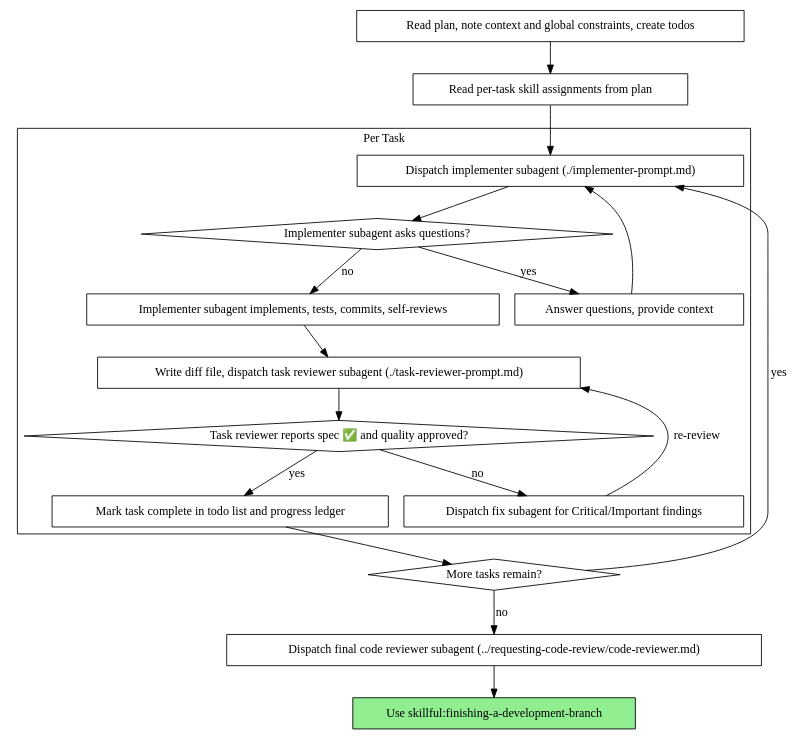
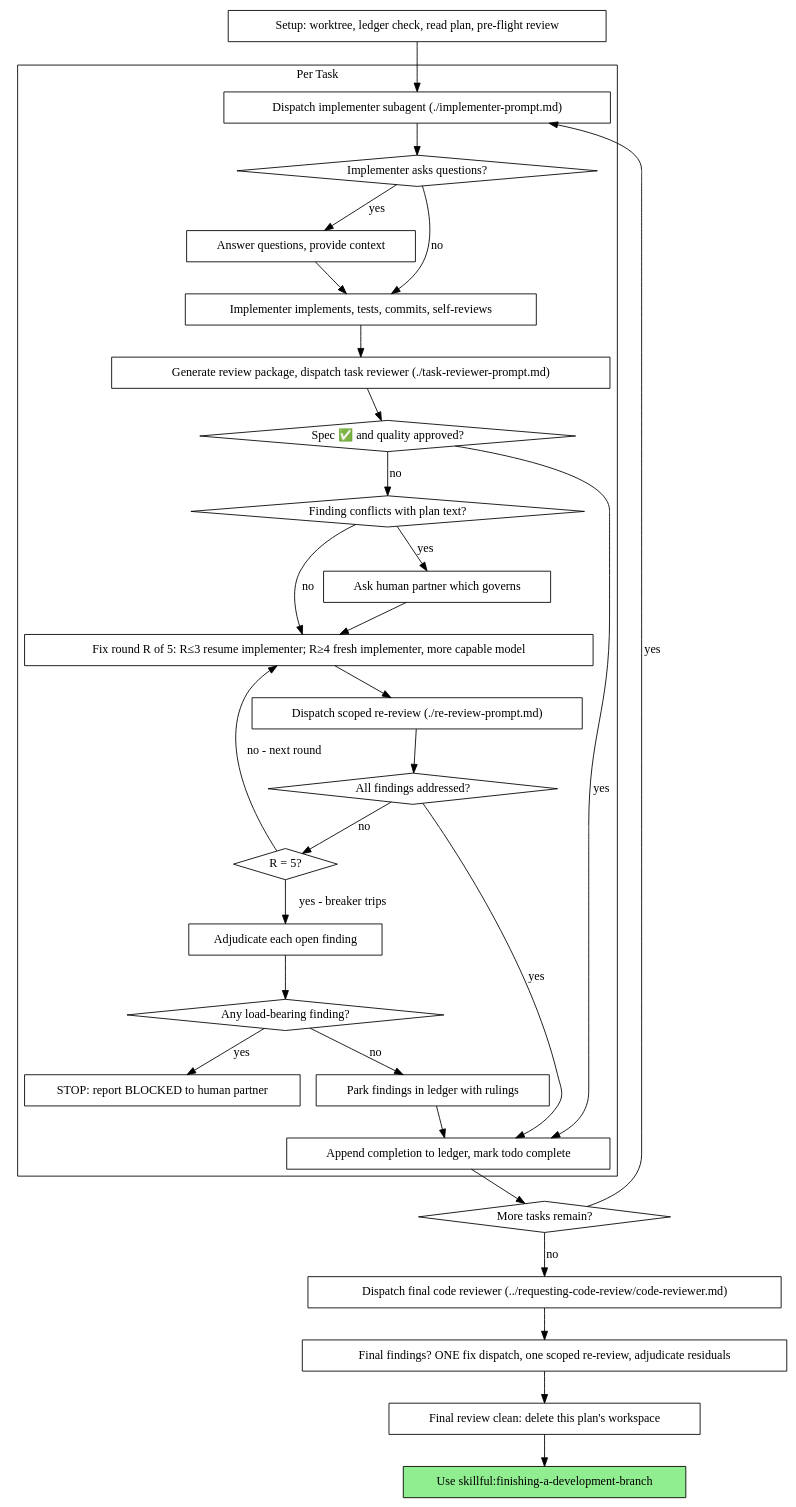
The second of 2 diagrams in skills/subagent-driven-development/SKILL.md (AquaticAzelf/skillful), drawn with Graphviz before and after one commit. The commit also changed other lines of this file and 12 other files, not shown here.

````diff
--- a/skills/subagent-driven-development/SKILL.md
+++ b/skills/subagent-driven-development/SKILL.md
@@ -37,39 +46,62 @@
 ```dot
 digraph process {
     rankdir=TB;
 
     subgraph cluster_per_task {
         label="Per Task";
         "Dispatch implementer subagent (./implementer-prompt.md)" [shape=box];
-        "Implementer subagent asks questions?" [shape=diamond];
+        "Implementer asks questions?" [shape=diamond];
         "Answer questions, provide context" [shape=box];
-        "Implementer subagent implements, tests, commits, self-reviews" [shape=box];
-        "Write diff file, dispatch task reviewer subagent (./task-reviewer-prompt.md)" [shape=box];
-        "Task reviewer reports spec ✅ and quality approved?" [shape=diamond];
-        "Dispatch fix subagent for Critical/Important findings" [shape=box];
-        "Mark task complete in todo list and progress ledger" [shape=box];
+        "Implementer implements, tests, commits, self-reviews" [shape=box];
+        "Generate review package, dispatch task reviewer (./task-reviewer-prompt.md)" [shape=box];
+        "Spec ✅ and quality approved?" [shape=diamond];
+        "Finding conflicts with plan text?" [shape=diamond];
+        "Ask human partner which governs" [shape=box];
+        "Fix round R of 5: R≤3 resume implementer; R≥4 fresh implementer, more capable model" [shape=box];
+        "Dispatch scoped re-review (./re-review-prompt.md)" [shape=box];
+        "All findings addressed?" [shape=diamond];
+        "R = 5?" [shape=diamond];
+        "Adjudicate each open finding" [shape=box];
+        "Any load-bearing finding?" [shape=diamond];
+        "STOP: report BLOCKED to human partner" [shape=box];
+        "Park findings in ledger with rulings" [shape=box];
+        "Append completion to ledger, mark todo complete" [shape=box];
     }
 
-    "Read plan, note context and global constraints, create todos" [shape=box];
-    "Read per-task skill assignments from plan" [shape=box];
+    "Setup: worktree, ledger check, read plan, pre-flight review" [shape=box];
     "More tasks remain?" [shape=diamond];
-    "Dispatch final code reviewer subagent (../requesting-code-review/code-reviewer.md)" [shape=box];
+    "Dispatch final code reviewer (../requesting-code-review/code-reviewer.md)" [shape=box];
+    "Final findings? ONE fix dispatch, one scoped re-review, adjudicate residuals" [shape=box];
+    "Final review clean: delete this plan's workspace" [shape=box];
     "Use skillful:finishing-a-development-branch" [shape=box style=filled fillcolor=lightgreen];
 
-    "Read plan, note context and global constraints, create todos" -> "Read per-task skill assignments from plan";
-    "Read per-task skill assignments from plan" -> "Dispatch implementer subagent (./implementer-prompt.md)";
-    "Dispatch implementer subagent (./implementer-prompt.md)" -> "Implementer subagent asks questions?";
-    "Implementer subagent asks questions?" -> "Answer questions, provide context" [label="yes"];
-    "Answer questions, provide context" -> "Dispatch implementer subagent (./implementer-prompt.md)";
-    "Implementer subagent asks questions?" -> "Implementer subagent implements, tests, commits, self-reviews" [label="no"];
-    "Implementer subagent implements, tests, commits, self-reviews" -> "Write diff file, dispatch task reviewer subagent (./task-reviewer-prompt.md)";
-    "Write diff file, dispatch task reviewer subagent (./task-reviewer-prompt.md)" -> "Task reviewer reports spec ✅ and quality approved?";
-    "Task reviewer reports spec ✅ and quality approved?" -> "Dispatch fix subagent for Critical/Important findings" [label="no"];
-    "Dispatch fix subagent for Critical/Important findings" -> "Write diff file, dispatch task reviewer subagent (./task-reviewer-prompt.md)" [label="re-review"];
-    "Task reviewer reports spec ✅ and quality approved?" -> "Mark task complete in todo list and progress ledger" [label="yes"];
-    "Mark task complete in todo list and progress ledger" -> "More tasks remain?";
+    "Setup: worktree, ledger check, read plan, pre-flight review" -> "Dispatch implementer subagent (./implementer-prompt.md)";
+    "Dispatch implementer subagent (./implementer-prompt.md)" -> "Implementer asks questions?";
+    "Implementer asks questions?" -> "Answer questions, provide context" [label="yes"];
+    "Answer questions, provide context" -> "Implementer implements, tests, commits, self-reviews";
+    "Implementer asks questions?" -> "Implementer implements, tests, commits, self-reviews" [label="no"];
+    "Implementer implements, tests, commits, self-reviews" -> "Generate review package, dispatch task reviewer (./task-reviewer-prompt.md)";
+    "Generate review package, dispatch task reviewer (./task-reviewer-prompt.md)" -> "Spec ✅ and quality approved?";
+    "Spec ✅ and quality approved?" -> "Append completion to ledger, mark todo complete" [label="yes"];
+    "Spec ✅ and quality approved?" -> "Finding conflicts with plan text?" [label="no"];
+    "Finding conflicts with plan text?" -> "Ask human partner which governs" [label="yes"];
+    "Ask human partner which governs" -> "Fix round R of 5: R≤3 resume implementer; R≥4 fresh implementer, more capable model";
+    "Finding conflicts with plan text?" -> "Fix round R of 5: R≤3 resume implementer; R≥4 fresh implementer, more capable model" [label="no"];
+    "Fix round R of 5: R≤3 resume implementer; R≥4 fresh implementer, more capable model" -> "Dispatch scoped re-review (./re-review-prompt.md)";
+    "Dispatch scoped re-review (./re-review-prompt.md)" -> "All findings addressed?";
+    "All findings addressed?" -> "Append completion to ledger, mark todo complete" [label="yes"];
+    "All findings addressed?" -> "R = 5?" [label="no"];
+    "R = 5?" -> "Fix round R of 5: R≤3 resume implementer; R≥4 fresh implementer, more capable model" [label="no - next round"];
+    "R = 5?" -> "Adjudicate each open finding" [label="yes - breaker trips"];
+    "Adjudicate each open finding" -> "Any load-bearing finding?";
+    "Any load-bearing finding?" -> "STOP: report BLOCKED to human partner" [label="yes"];
+    "Any load-bearing finding?" -> "Park findings in ledger with rulings" [label="no"];
+    "Park findings in ledger with rulings" -> "Append completion to ledger, mark todo complete";
+    "Append completion to ledger, mark todo complete" -> "More tasks remain?";
     "More tasks remain?" -> "Dispatch implementer subagent (./implementer-prompt.md)" [label="yes"];
-    "More tasks remain?" -> "Dispatch final code reviewer subagent (../requesting-code-review/code-reviewer.md)" [label="no"];
-    "Dispatch final code reviewer subagent (../requesting-code-review/code-reviewer.md)" -> "Use skillful:finishing-a-development-branch";
+    "More tasks remain?" -> "Dispatch final code reviewer (../requesting-code-review/code-reviewer.md)" [label="no"];
+    "Dispatch final code reviewer (../requesting-code-review/code-reviewer.md)" -> "Final findings? ONE fix dispatch, one scoped re-review, adjudicate residuals";
+    "Final findings? ONE fix dispatch, one scoped re-review, adjudicate residuals" -> "Final review clean: delete this plan's workspace";
+    "Final review clean: delete this plan's workspace" -> "Use skillful:finishing-a-development-branch";
 }
 ```
````
